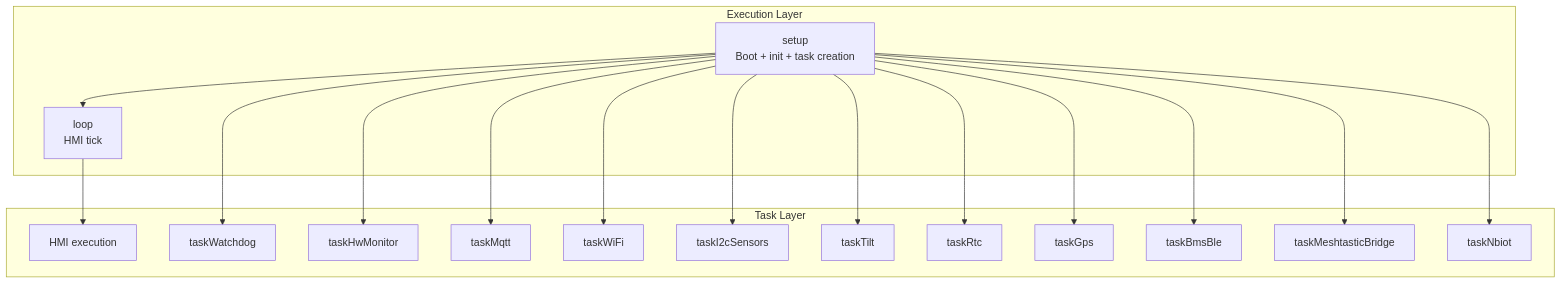
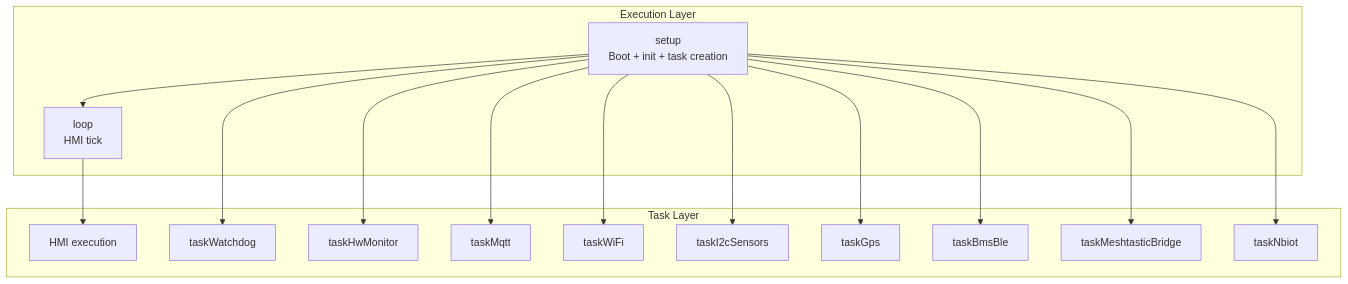
The diagram in README.md (lburais/SmartFranklin), drawn with Mermaid before and after one commit. The commit also changed other lines of this file and 14 other files, not shown here.

Commit message:
removic tilt and standalone rtc

````diff
--- a/README.md
+++ b/README.md
@@ -21,36 +21,32 @@
 ```mermaid
 flowchart TD
     subgraph L1[Execution Layer]
         SETUP[setup\nBoot + init + task creation]
         LOOP[loop\nHMI tick]
     end
 
     subgraph L2[Task Layer]
         T_HMI[HMI execution]
         T_WD[taskWatchdog]
         T_HW[taskHwMonitor]
         T_MQTT[taskMqtt]
         T_WIFI[taskWiFi]
         T_I2C[taskI2cSensors]
-        T_TILT[taskTilt]
-        T_RTC[taskRtc]
         T_GPS[taskGps]
         T_BMS[taskBmsBle]
         T_MESH[taskMeshtasticBridge]
         T_NBIOT[taskNbiot]
     end
 
     SETUP --> LOOP
     LOOP --> T_HMI
     SETUP --> T_WD
     SETUP --> T_HW
     SETUP --> T_MQTT
     SETUP --> T_WIFI
     SETUP --> T_I2C
-    SETUP --> T_TILT
-    SETUP --> T_RTC
     SETUP --> T_GPS
     SETUP --> T_BMS
     SETUP --> T_MESH
     SETUP --> T_NBIOT
 ```
````
